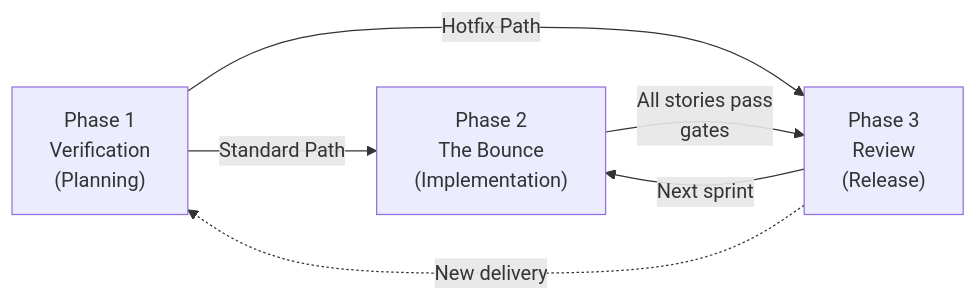
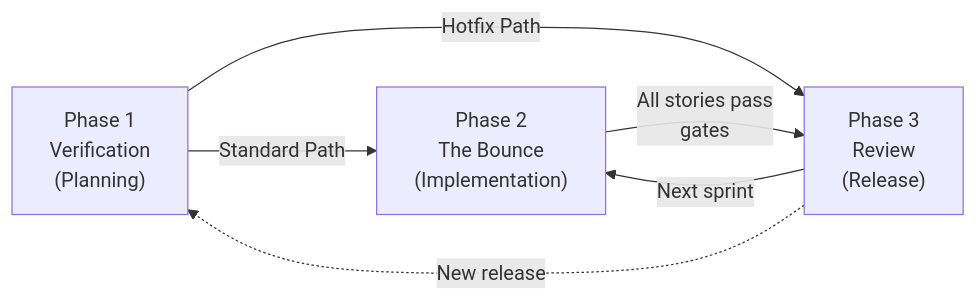
The first of 8 diagrams in OVERVIEW.md (sandrinio/V-Bounce-OS), drawn with Mermaid before and after one commit. The commit also changed other lines of this file and 60 other files, not shown here.

````diff
--- a/OVERVIEW.md
+++ b/OVERVIEW.md
@@ -9,12 +9,12 @@
 ```mermaid
 flowchart LR
     P1["Phase 1\nVerification\n(Planning)"]
     P2["Phase 2\nThe Bounce\n(Implementation)"]
     P3["Phase 3\nReview\n(Release)"]
 
     P1 -->|"Standard Path"| P2
     P1 -->|"Hotfix Path"| P3
     P2 -->|"All stories pass\ngates"| P3
     P3 -->|"Next sprint"| P2
-    P3 -.->|"New delivery"| P1
+    P3 -.->|"New release"| P1
 ```
````
